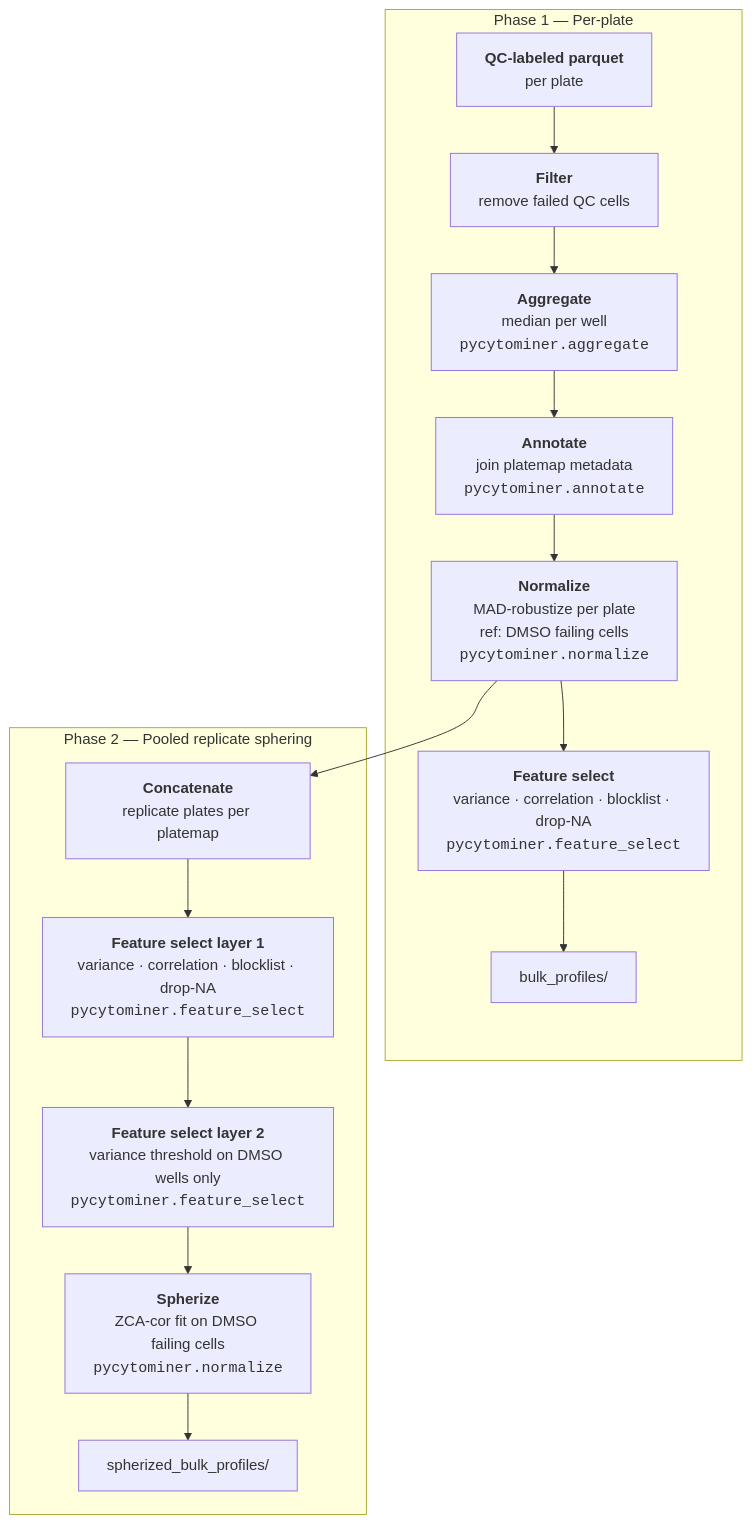
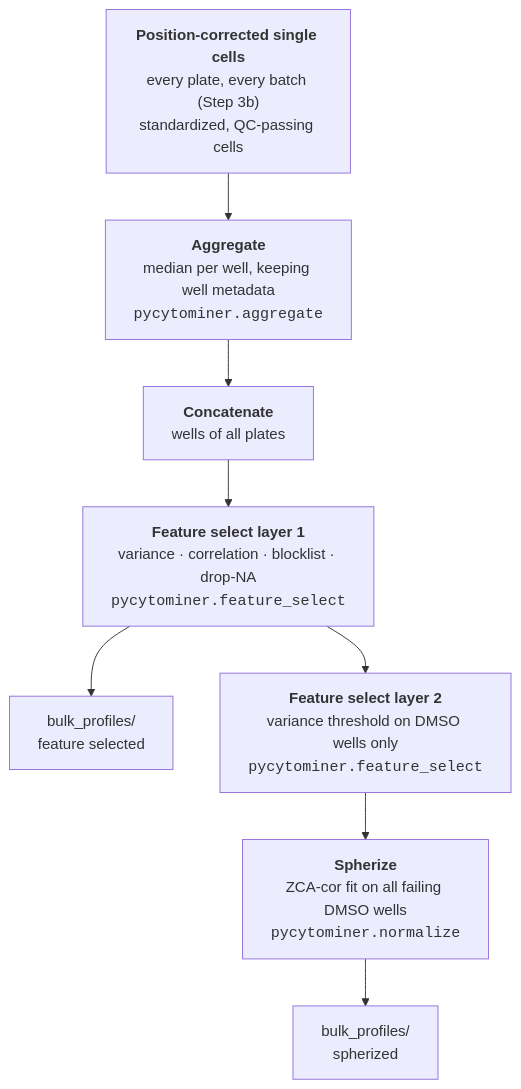
The third of 3 diagrams in 3.image_based_profiling/README.md (WayScience/targeted_fibrosis_drug_screen), drawn with Mermaid before and after one commit. The commit also changed other lines of this file, not shown here.

First line of the commit message:
Update the image-based profiling README to cover all steps

````diff
--- a/3.image_based_profiling/README.md
+++ b/3.image_based_profiling/README.md
@@ -99,19 +163,10 @@
 ```mermaid
 flowchart TD
-    subgraph phase1["Phase 1 — Per-plate"]
-      A["<b>QC-labeled parquet</b><br/>per plate"] --> B["<b>Filter</b><br/>remove failed QC cells"]
-      B --> C["<b>Aggregate</b><br/>median per well<br/><code>pycytominer.aggregate</code>"]
-      C --> D["<b>Annotate</b><br/>join platemap metadata<br/><code>pycytominer.annotate</code>"]
-      D --> E["<b>Normalize</b><br/>MAD-robustize per plate<br/>ref: DMSO failing cells<br/><code>pycytominer.normalize</code>"]
-      E --> F["<b>Feature select</b><br/>variance · correlation · blocklist · drop-NA<br/><code>pycytominer.feature_select</code>"]
-      F --> G[bulk_profiles/]
-    end
-
-    subgraph phase2["Phase 2 — Pooled replicate sphering"]
-      E --> H["<b>Concatenate</b><br/>replicate plates per platemap"]
-      H --> I["<b>Feature select layer 1</b><br/>variance · correlation · blocklist · drop-NA<br/><code>pycytominer.feature_select</code>"]
-      I --> J["<b>Feature select layer 2</b><br/>variance threshold on DMSO wells only<br/><code>pycytominer.feature_select</code>"]
-      J --> K["<b>Spherize</b><br/>ZCA-cor fit on DMSO failing cells<br/><code>pycytominer.normalize</code>"]
-      K --> L[spherized_bulk_profiles/]
-    end
+    A["<b>Position-corrected single cells</b><br/>every plate, every batch (Step 3b)<br/>standardized, QC-passing cells"] --> B["<b>Aggregate</b><br/>median per well, keeping well metadata<br/><code>pycytominer.aggregate</code>"]
+    B --> C["<b>Concatenate</b><br/>wells of all plates"]
+    C --> D["<b>Feature select layer 1</b><br/>variance · correlation · blocklist · drop-NA<br/><code>pycytominer.feature_select</code>"]
+    D --> E[bulk_profiles/<br/>feature selected]
+    D --> F["<b>Feature select layer 2</b><br/>variance threshold on DMSO wells only<br/><code>pycytominer.feature_select</code>"]
+    F --> G["<b>Spherize</b><br/>ZCA-cor fit on all failing DMSO wells<br/><code>pycytominer.normalize</code>"]
+    G --> H[bulk_profiles/<br/>spherized]
 ```
````
